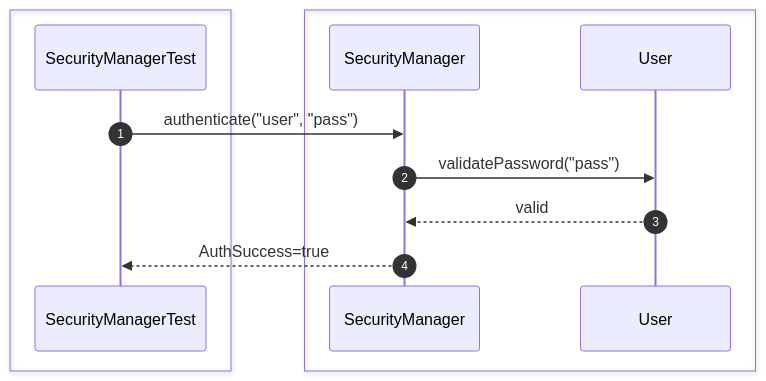
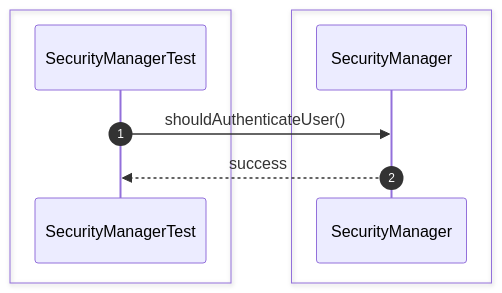
One commit to Huy1801214/dbms-architecture changed the first of 35 diagrams in src/sequence/security.md. Above: the diagram before and after it, drawn with Mermaid. The commit also changed other lines of this file and 68 other files, not shown here.

Commit message:
implement comprehensive unit test suite and architectural sequence documentation

````diff
--- a/src/sequence/security.md
+++ b/src/sequence/security.md
@@ -6,17 +6,13 @@
 ```mermaid
 sequenceDiagram
     autonumber
-
     box #e1f5fe Test Suite
     participant Test as SecurityManagerTest
     end
-    box #e3f2fd Security Components
-    participant Security as SecurityManager
-    participant User as User
+    box #e3f2fd SecurityManager Component
+    participant SM as SecurityManager
     end
 
-    Test->>Security: authenticate("user", "pass")
-    Security->>User: validatePassword("pass")
-    User-->>Security: valid
-    Security-->>Test: AuthSuccess=true
+    Test->>SM: shouldAuthenticateUser()
+    SM-->>Test: success
 ```
````
